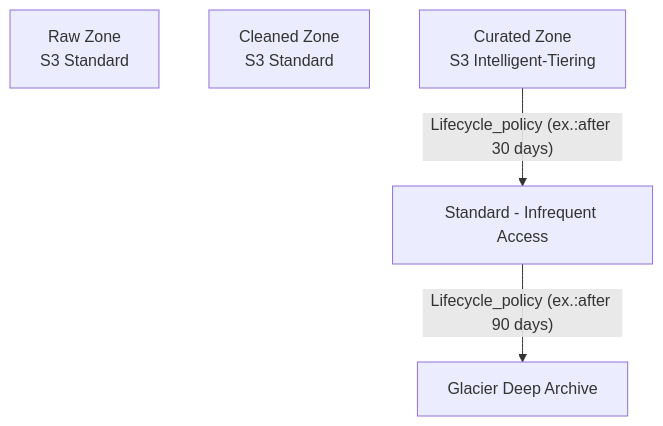
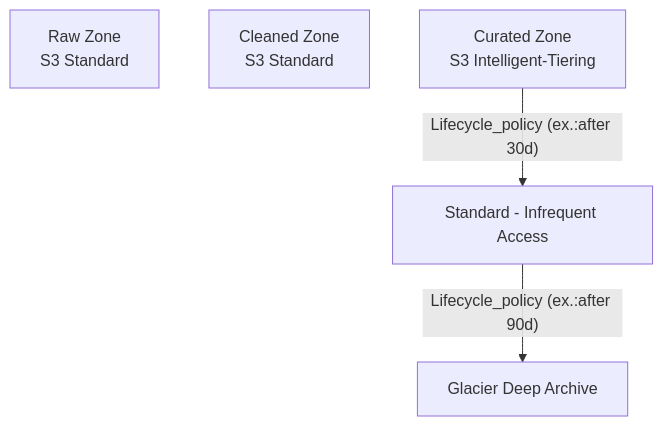
One commit to danilo01arrudal/Exated-Documentation changed the second of 2 diagrams in AWS/Data Lake/Readme.md. Above: the diagram before and after it, drawn with Mermaid.

````diff
--- a/AWS/Data Lake/Readme.md
+++ b/AWS/Data Lake/Readme.md
@@ -141,9 +141,9 @@
 ```mermaid
 flowchart TD
     Raw["Raw Zone<br>S3 Standard"]
     Cleaned["Cleaned Zone<br>S3 Standard"]
     Curated["Curated Zone<br>S3 Intelligent-Tiering"]
 
-    Curated -->|"Lifecycle_policy (ex.:after 30 days)"| StandardIA["Standard - Infrequent Access"]
-    StandardIA -->|"Lifecycle_policy (ex.:after 90 days)"| Glacier["Glacier Deep Archive"]
+    Curated -->|"Lifecycle_policy (ex.:after 30d)"| StandardIA["Standard - Infrequent Access"]
+    StandardIA -->|"Lifecycle_policy (ex.:after 90d)"| Glacier["Glacier Deep Archive"]
 ```
````
